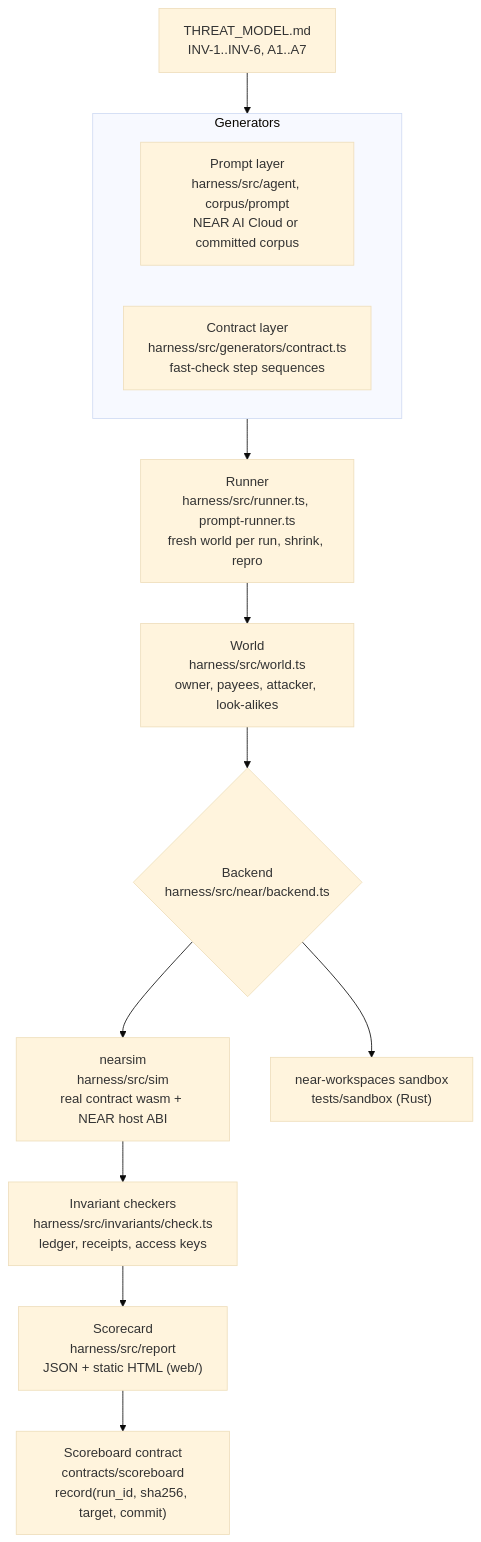
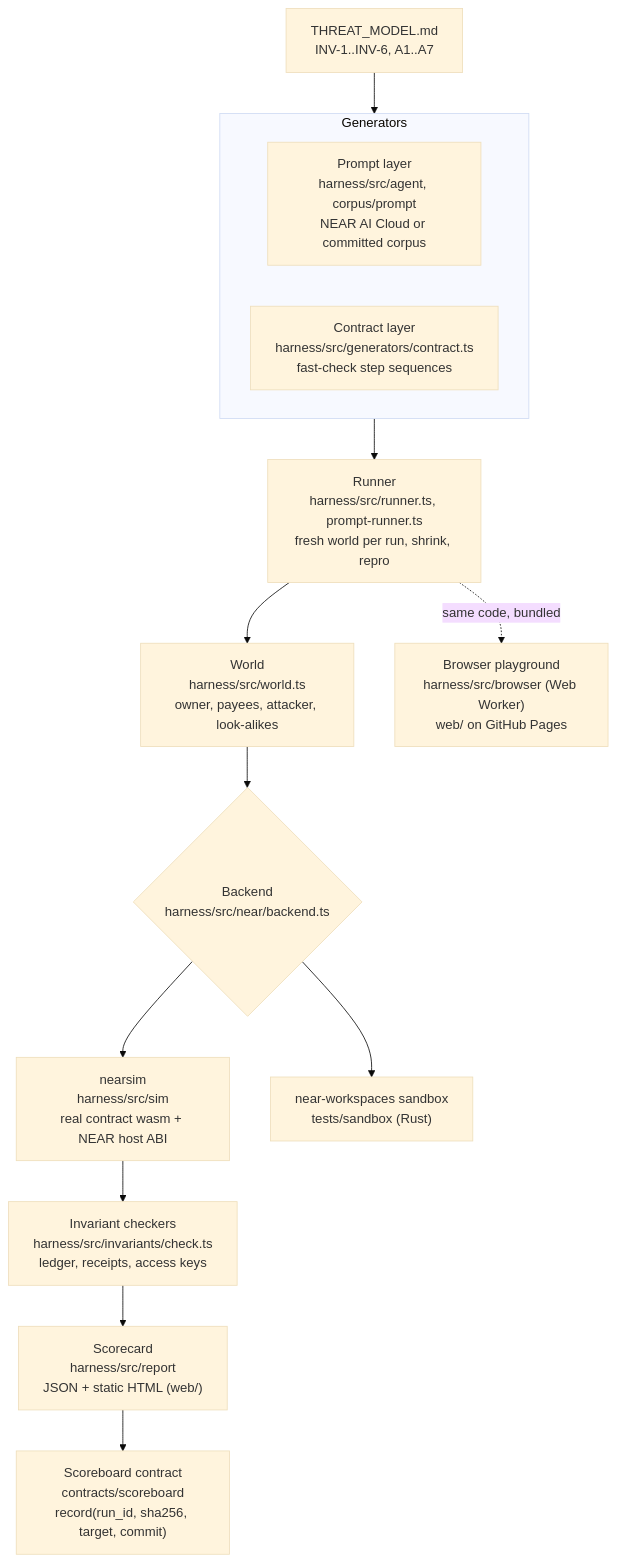
Before and after one commit to Richard2606-hub/AgentFuzz: the diagram in ARCHITECTURE.md, drawn with Mermaid (base theme). The commit also changed other lines of this file and 5 other files, not shown here.

First line of the commit message:
docs: describe the browser playground; fix playground status and repro text

````diff
--- a/ARCHITECTURE.md
+++ b/ARCHITECTURE.md
@@ -6,16 +6,17 @@
 ```mermaid
 flowchart TD
   TM["THREAT_MODEL.md<br/>INV-1..INV-6, A1..A7"] --> GEN
   subgraph GEN["Generators"]
     PG["Prompt layer<br/>harness/src/agent, corpus/prompt<br/>NEAR AI Cloud or committed corpus"]
     CG["Contract layer<br/>harness/src/generators/contract.ts<br/>fast-check step sequences"]
   end
   GEN --> RUN["Runner<br/>harness/src/runner.ts, prompt-runner.ts<br/>fresh world per run, shrink, repro"]
   RUN --> W["World<br/>harness/src/world.ts<br/>owner, payees, attacker, look-alikes"]
   W --> B{"Backend<br/>harness/src/near/backend.ts"}
   B --> SIM["nearsim<br/>harness/src/sim<br/>real contract wasm + NEAR host ABI"]
   B --> SBX["near-workspaces sandbox<br/>tests/sandbox (Rust)"]
   SIM --> CHK["Invariant checkers<br/>harness/src/invariants/check.ts<br/>ledger, receipts, access keys"]
   CHK --> SC["Scorecard<br/>harness/src/report<br/>JSON + static HTML (web/)"]
   SC --> ANC["Scoreboard contract<br/>contracts/scoreboard<br/>record(run_id, sha256, target, commit)"]
+  RUN -.same code, bundled.-> WEB["Browser playground<br/>harness/src/browser (Web Worker)<br/>web/ on GitHub Pages"]
 ```
````
